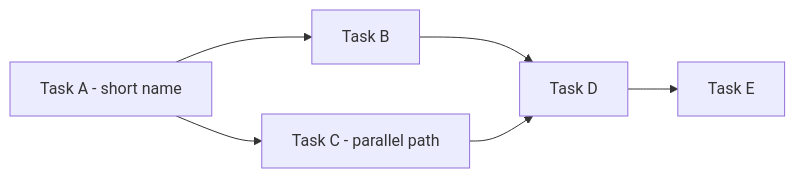
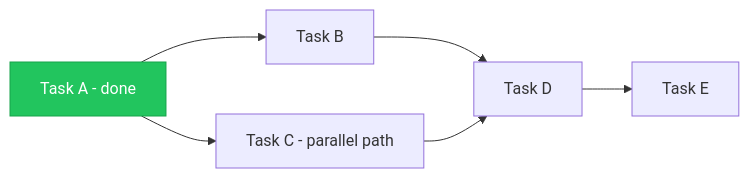
Before and after one commit to redmarklogic/redline: the second of 3 diagrams in .agents/skills/agile-daily-standup/SKILL.md, drawn with Mermaid. The commit also changed other lines of this file, not shown here.

````diff
--- a/.agents/skills/agile-daily-standup/SKILL.md
+++ b/.agents/skills/agile-daily-standup/SKILL.md
@@ -350,8 +350,9 @@
 ```mermaid
 flowchart LR
-    A[Task A - short name] --> B[Task B]
+    classDef done fill:#22c55e,stroke:#16a34a,color:#fff
+    A[Task A - done]:::done --> B[Task B]
     A --> C[Task C - parallel path]
     B --> D[Task D]
     C --> D
     D --> E[Task E]
 ```
````
